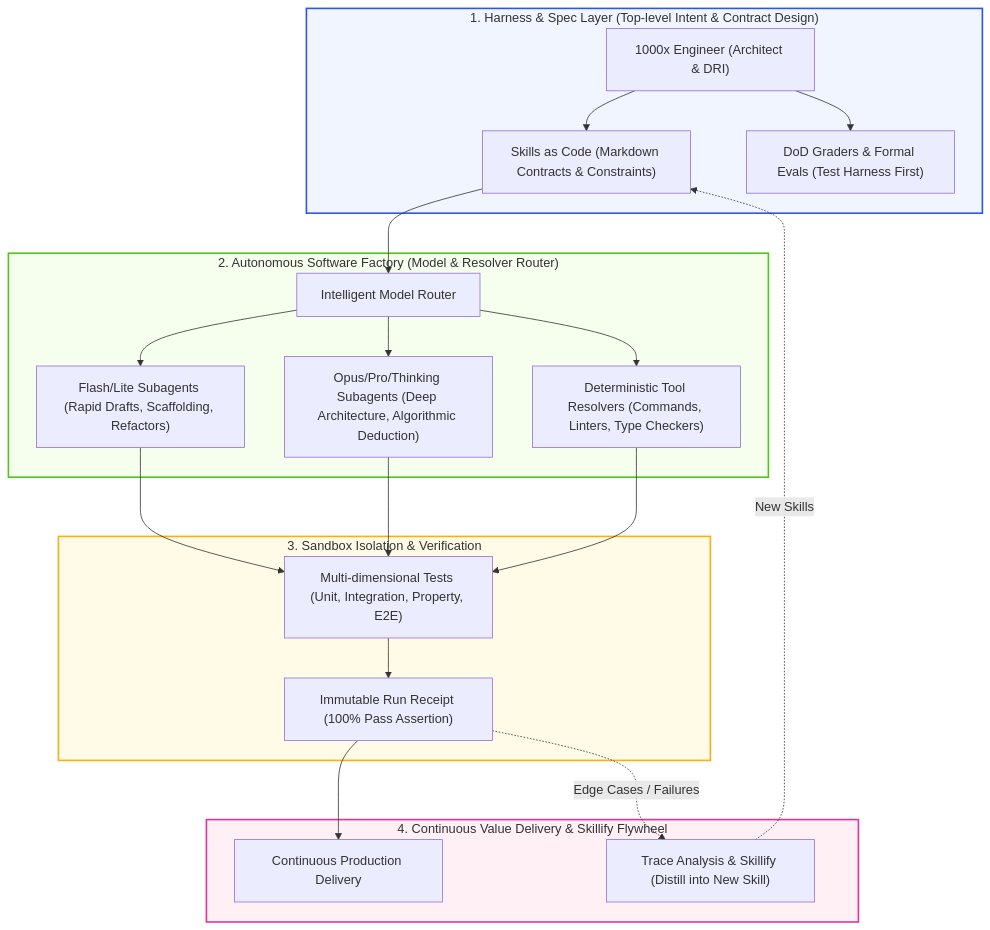
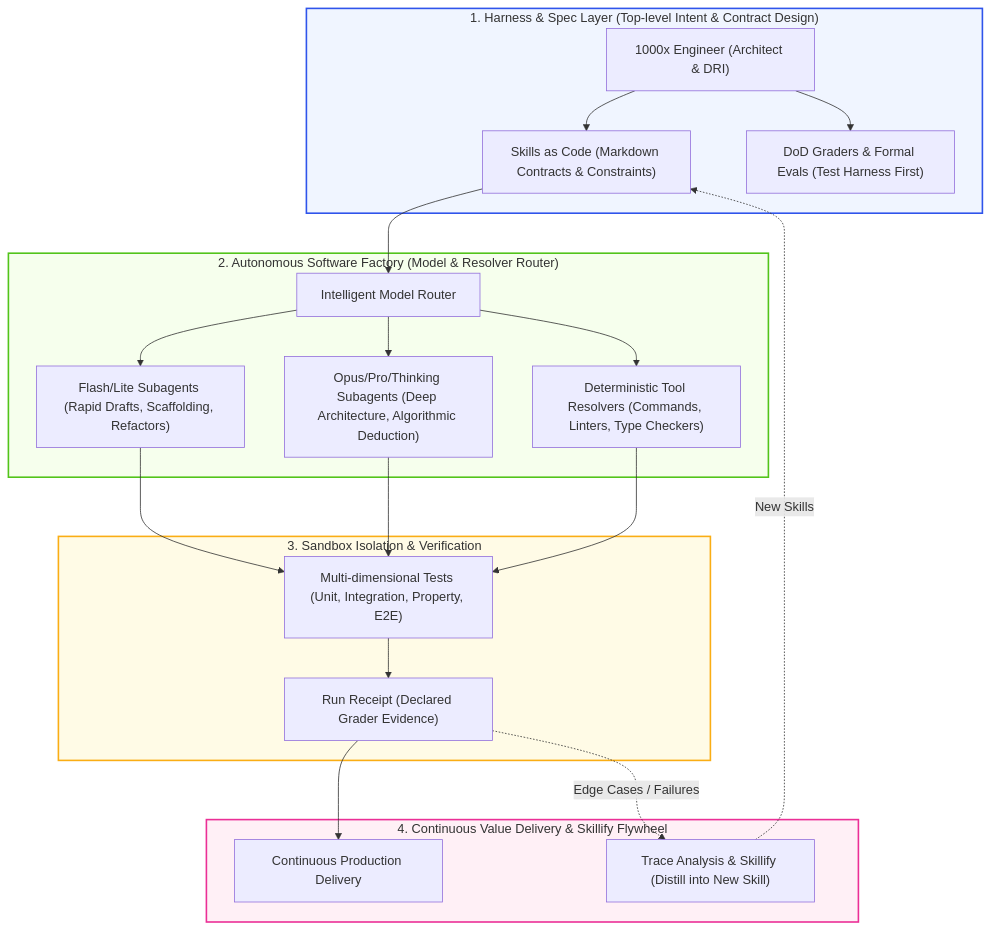
One commit to Mark393295827/1000x-engineer-skills changed the diagram in 1000x-engineer.md. Above: the diagram before and after it, drawn with Mermaid. The commit also changed other lines of this file and 21 other files, not shown here.

````diff
--- a/1000x-engineer.md
+++ b/1000x-engineer.md
@@ -69,36 +69,36 @@
 ```mermaid
 flowchart TD
     subgraph Layer1 ["1. Harness & Spec Layer (Top-level Intent & Contract Design)"]
         H1["1000x Engineer (Architect & DRI)"]
         H2["Skills as Code (Markdown Contracts & Constraints)"]
         H3["DoD Graders & Formal Evals (Test Harness First)"]
         H1 --> H2 & H3
     end
 
     subgraph Layer2 ["2. Autonomous Software Factory (Model & Resolver Router)"]
         R["Intelligent Model Router"]
         S1["Flash/Lite Subagents (Rapid Drafts, Scaffolding, Refactors)"]
         S2["Opus/Pro/Thinking Subagents (Deep Architecture, Algorithmic Deduction)"]
         S3["Deterministic Tool Resolvers (Commands, Linters, Type Checkers)"]
         H2 --> R
         R --> S1 & S2 & S3
     end
 
     subgraph Layer3 ["3. Sandbox Isolation & Verification"]
         T["Multi-dimensional Tests (Unit, Integration, Property, E2E)"]
-        Rec["Immutable Run Receipt (100% Pass Assertion)"]
+        Rec["Run Receipt (Declared Grader Evidence)"]
         S1 & S2 & S3 --> T --> Rec
     end
 
     subgraph Layer4 ["4. Continuous Value Delivery & Skillify Flywheel"]
         Out["Continuous Production Delivery"]
         Feed["Trace Analysis & Skillify (Distill into New Skill)"]
         Rec --> Out
         Rec -.Edge Cases / Failures.-> Feed -.New Skills.-> H2
     end
 
     style Layer1 fill:#f0f5ff,stroke:#2f54eb,stroke-width:2px
     style Layer2 fill:#f6ffed,stroke:#52c41a,stroke-width:2px
     style Layer3 fill:#fffbe6,stroke:#faad14,stroke-width:2px
     style Layer4 fill:#fff0f6,stroke:#eb2f96,stroke-width:2px
 ```
````
